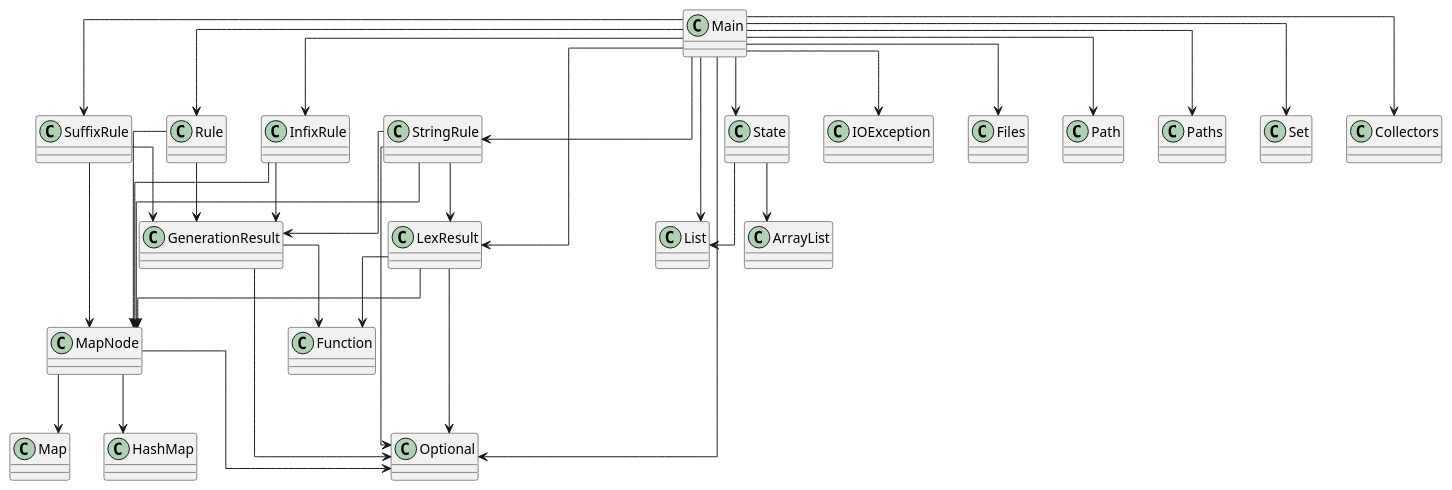
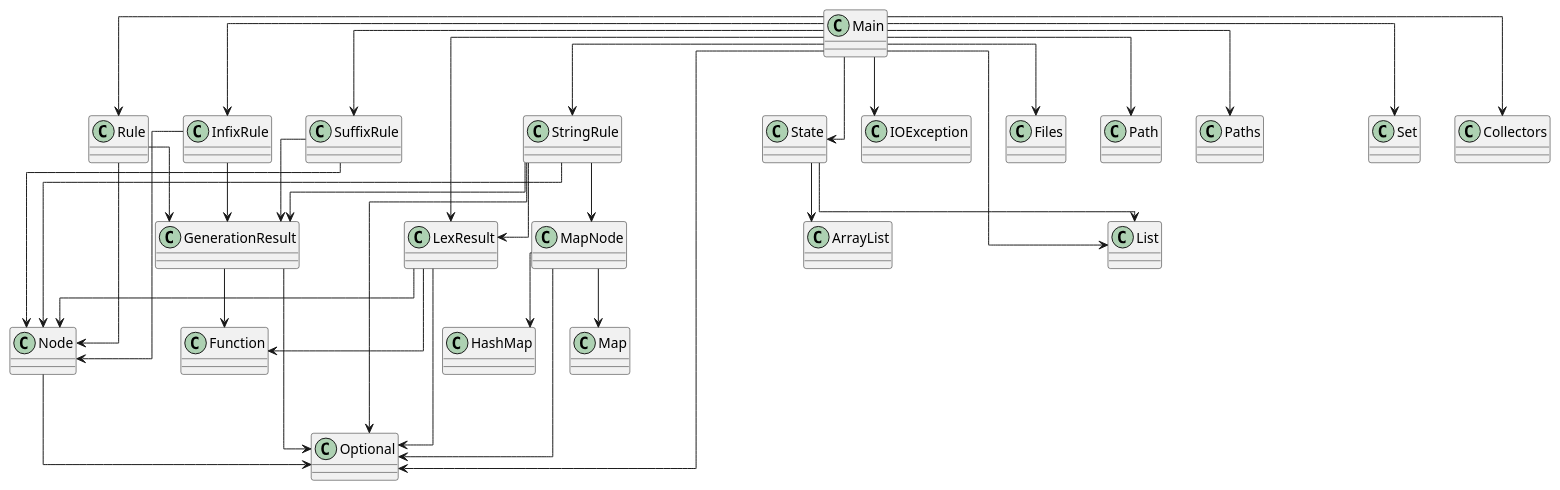
Before and after one commit to SirMathhman/Magma: the diagram in diagram.puml, drawn with PlantUML. The commit also changed 7 other files, not shown here.

```diff
--- a/diagram.puml
+++ b/diagram.puml
@@ -1,46 +1,49 @@
 @startuml
 skinparam linetype ortho
 class SuffixRule
-SuffixRule --> MapNode
+SuffixRule --> Node
 SuffixRule --> GenerationResult
+class Node
+Node --> Optional
 class GenerationResult
 GenerationResult --> Optional
 GenerationResult --> Function
 class Rule
-Rule --> MapNode
+Rule --> Node
 Rule --> GenerationResult
 class LexResult
-LexResult --> MapNode
+LexResult --> Node
 LexResult --> Optional
 LexResult --> Function
 class InfixRule
-InfixRule --> MapNode
+InfixRule --> Node
 InfixRule --> GenerationResult
 class Main
 Main --> State
 Main --> InfixRule
 Main --> LexResult
 Main --> Rule
 Main --> StringRule
 Main --> SuffixRule
 Main --> IOException
 Main --> Files
 Main --> Path
 Main --> Paths
 Main --> List
 Main --> Optional
 Main --> Set
 Main --> Collectors
 class MapNode
 MapNode --> HashMap
 MapNode --> Map
 MapNode --> Optional
 class StringRule
 StringRule --> MapNode
+StringRule --> Node
 StringRule --> GenerationResult
 StringRule --> LexResult
 StringRule --> Optional
 class State
 State --> ArrayList
 State --> List
 @enduml
```
